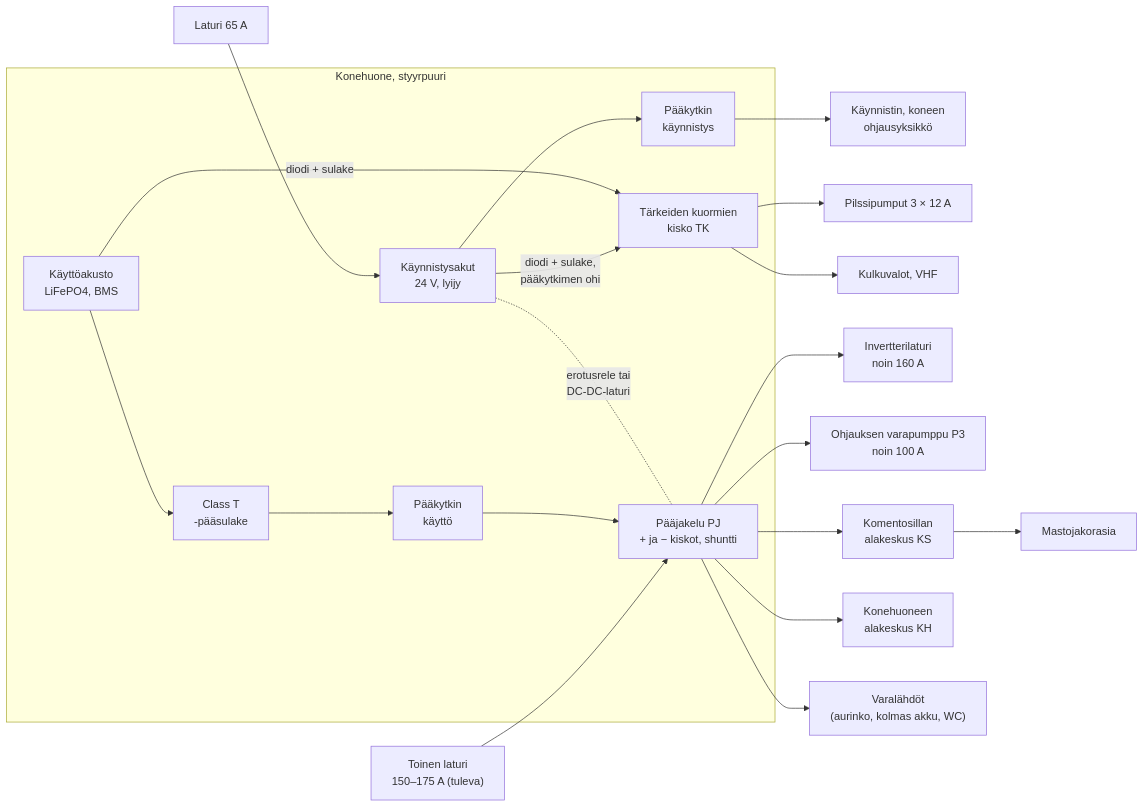
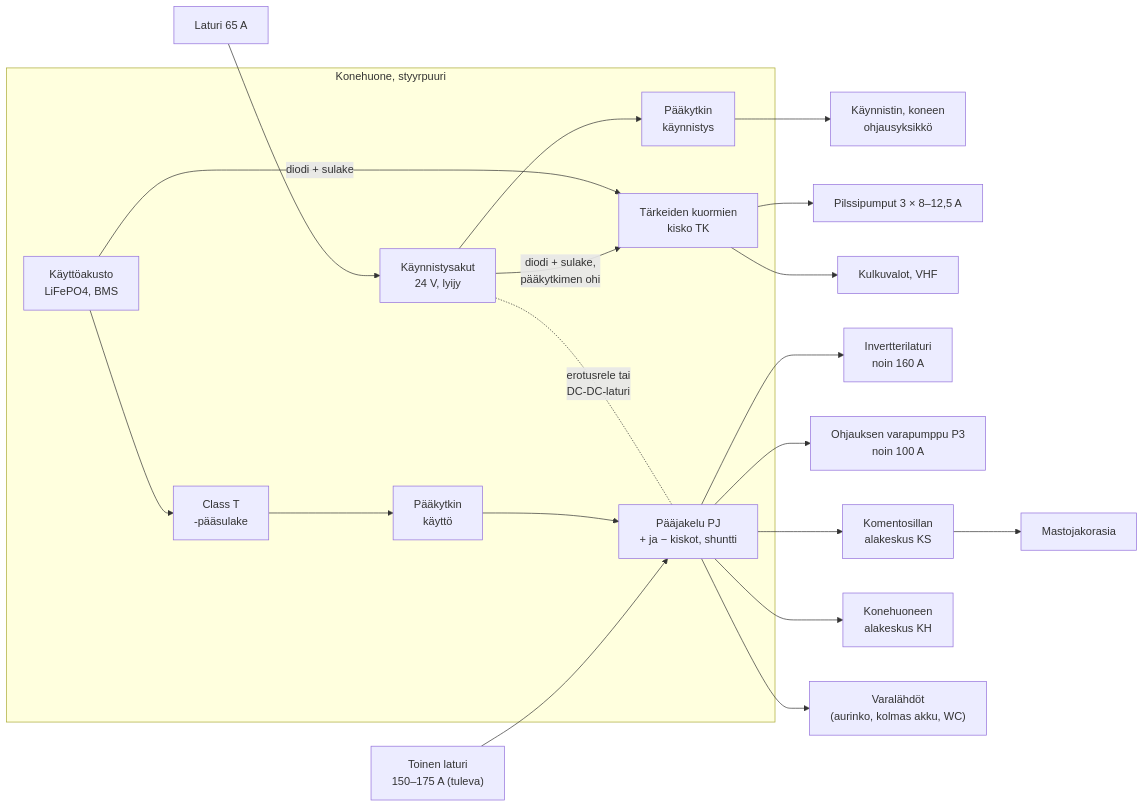
One commit to plektra/vega-systems changed the diagram in electrics/design/dc-distribution.md. Above: the diagram before and after it, drawn with Mermaid. The commit also changed other lines of this file and 4 other files, not shown here.

````diff
--- a/electrics/design/dc-distribution.md
+++ b/electrics/design/dc-distribution.md
@@ -35,27 +35,27 @@
 ```mermaid
 flowchart LR
   subgraph KH_AKUT["Konehuone, styyrpuuri"]
     SB["Käynnistysakut<br/>24 V, lyijy"]
     HB["Käyttöakusto<br/>LiFePO4, BMS"]
     SW1["Pääkytkin<br/>käynnistys"]
     SW2["Pääkytkin<br/>käyttö"]
     T["Class T<br/>-pääsulake"]
     PJ["Pääjakelu PJ<br/>+ ja − kiskot, shuntti"]
     ESS["Tärkeiden kuormien<br/>kisko TK"]
   end
   ALT1["Laturi 65 A"] --> SB
   ALT2["Toinen laturi<br/>150–175 A (tuleva)"] --> PJ
   SB --> SW1 --> ENG["Käynnistin, koneen<br/>ohjausyksikkö"]
   HB --> T --> SW2 --> PJ
   SB -. "erotusrele tai<br/>DC-DC-laturi" .- PJ
   SB -->|"diodi + sulake,<br/>pääkytkimen ohi"| ESS
   HB -->|"diodi + sulake"| ESS
-  ESS --> BILGE["Pilssipumput 3 × 12 A"]
+  ESS --> BILGE["Pilssipumput 3 × 8–12,5 A"]
   ESS --> KSE["Kulkuvalot, VHF"]
   PJ --> INV["Invertterilaturi<br/>noin 160 A"]
   PJ --> P3["Ohjauksen varapumppu P3<br/>noin 100 A"]
   PJ --> KS["Komentosillan<br/>alakeskus KS"]
   PJ --> KHK["Konehuoneen<br/>alakeskus KH"]
   PJ --> RES["Varalähdöt<br/>(aurinko, kolmas akku, WC)"]
   KS --> MAST["Mastojakorasia"]
 ```
````
